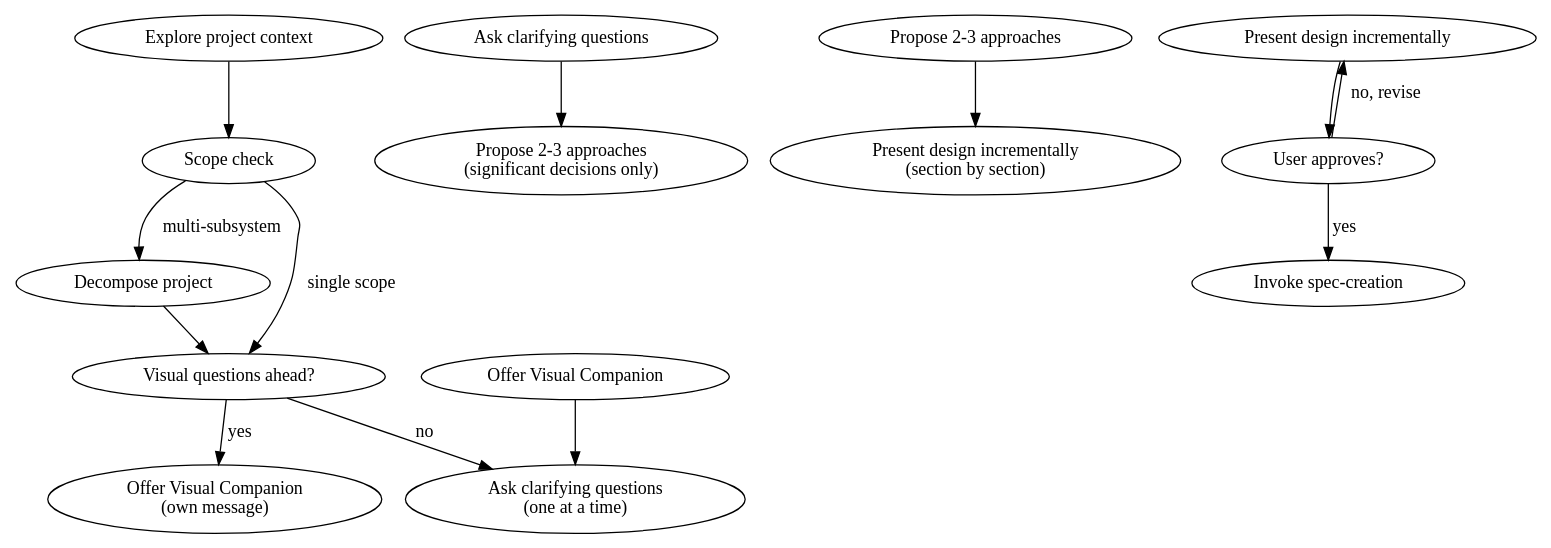
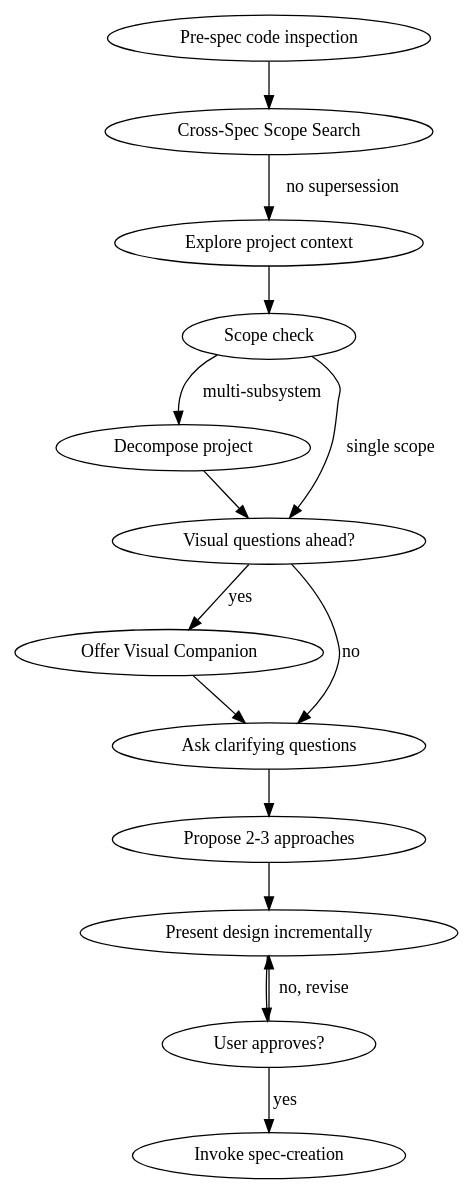
The diagram in skills/brainstorming/tasks/explore.md (michael-conrad/.opencode), drawn with Graphviz before and after one commit. The commit also changed other lines of this file and 40 other files, not shown here.

````diff
--- a/skills/brainstorming/tasks/explore.md
+++ b/skills/brainstorming/tasks/explore.md
@@ -87,16 +9,18 @@
 ```dot
 digraph brainstorming {
+    "Pre-spec code inspection" -> "Cross-Spec Scope Search";
+    "Cross-Spec Scope Search" -> "Explore project context" [label="no supersession"];
     "Explore project context" -> "Scope check";
     "Scope check" -> "Decompose project" [label="multi-subsystem"];
     "Scope check" -> "Visual questions ahead?" [label="single scope"];
     "Decompose project" -> "Visual questions ahead?";
-    "Visual questions ahead?" -> "Offer Visual Companion\n(own message)" [label="yes"];
-    "Visual questions ahead?" -> "Ask clarifying questions\n(one at a time)" [label="no"];
-    "Offer Visual Companion" -> "Ask clarifying questions\n(one at a time)";
-    "Ask clarifying questions" -> "Propose 2-3 approaches\n(significant decisions only)";
-    "Propose 2-3 approaches" -> "Present design incrementally\n(section by section)";
+    "Visual questions ahead?" -> "Offer Visual Companion" [label="yes"];
+    "Visual questions ahead?" -> "Ask clarifying questions" [label="no"];
+    "Offer Visual Companion" -> "Ask clarifying questions";
+    "Ask clarifying questions" -> "Propose 2-3 approaches";
+    "Propose 2-3 approaches" -> "Present design incrementally";
     "Present design incrementally" -> "User approves?";
     "User approves?" -> "Present design incrementally" [label="no, revise"];
     "User approves?" -> "Invoke spec-creation" [label="yes"];
 }
 ```
````
